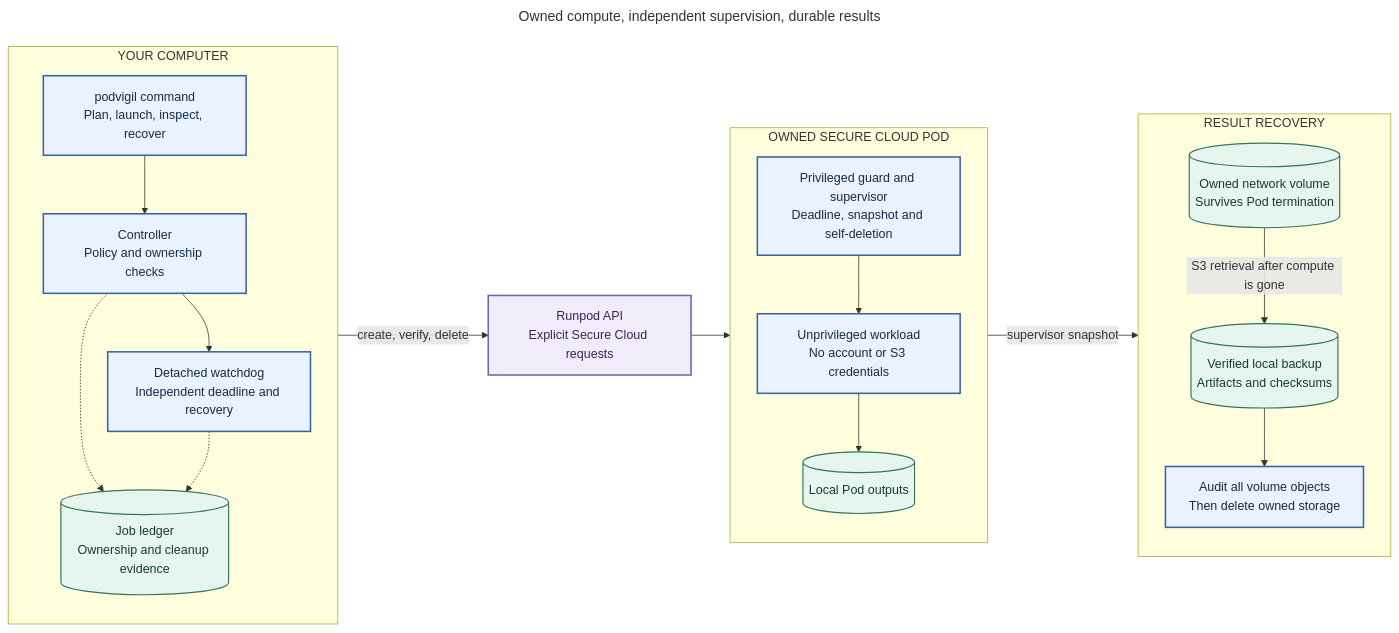
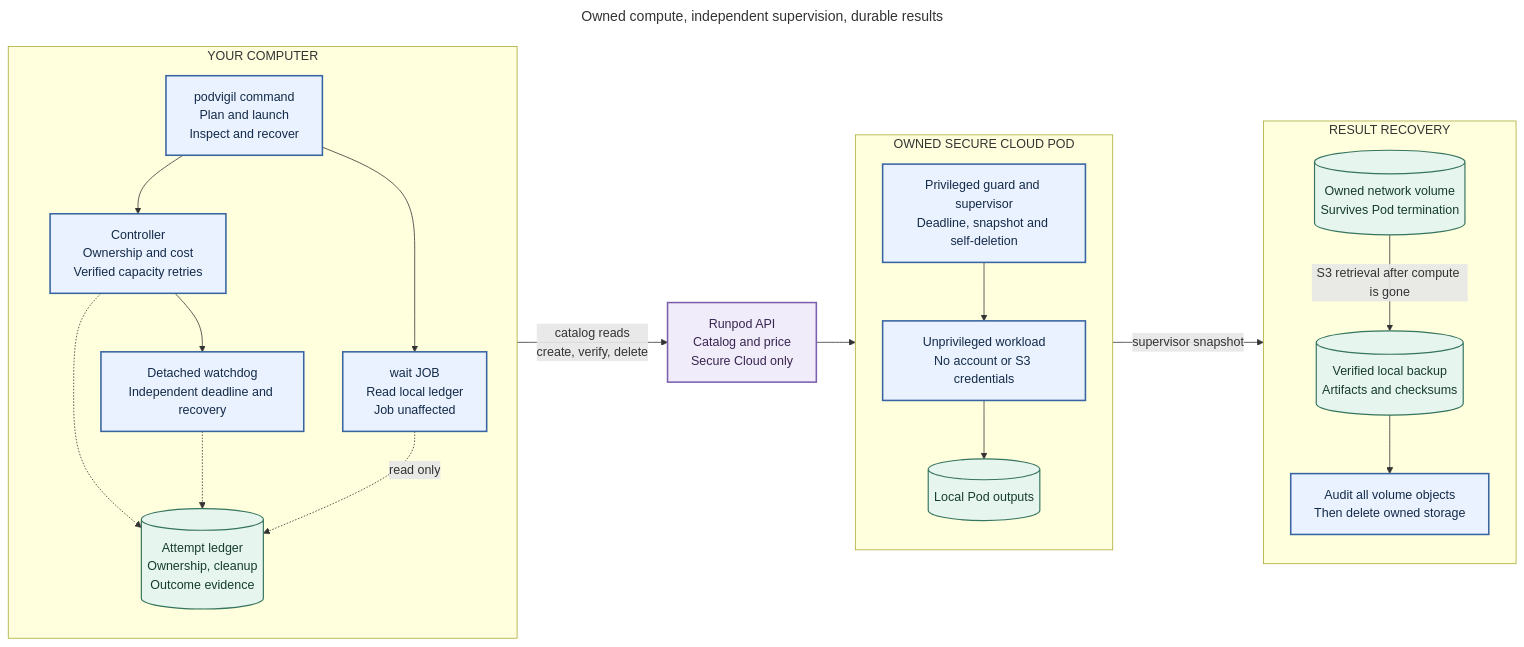
The diagram in docs/diagrams/01-architecture.mmd (PolaronQuasi/podvigil), drawn with Mermaid before and after one commit. The commit also changed 17 other files, not shown here.

Commit message:
Update diagrams and guides for job and capacity waiting

```diff
--- a/docs/diagrams/01-architecture.mmd
+++ b/docs/diagrams/01-architecture.mmd
@@ -1,43 +1,45 @@
 ---
 title: Owned compute, independent supervision, durable results
 ---
 flowchart LR
   accTitle: PodVigil architecture
-  accDescr: A local controller and detached watchdog share a job ledger. They manage an owned Runpod Secure Cloud Pod through the provider API. Inside the Pod a privileged guard supervises an unprivileged workload and snapshots local outputs to a private network volume. A local backup is verified before that volume can be deleted.
+  accDescr: A local controller and detached watchdog preserve each attempt's ledger. The wait command reads a ledger without cloud access or changing the job. Optional capacity retries require a definite no-capacity answer and verified absence, then poll the catalog before another attempt. The controller manages an owned Runpod Secure Cloud Pod through the provider API. Inside the Pod a privileged guard supervises an unprivileged workload and snapshots local outputs to a private network volume. A local backup is verified before that volume can be deleted.
 
   subgraph LOCAL["YOUR COMPUTER"]
     direction TB
-    CLI["podvigil command<br/>Plan, launch, inspect, recover"] --> CTRL["Controller<br/>Policy and ownership checks"]
+    CLI["podvigil command<br/>Plan and launch<br/>Inspect and recover"] --> CTRL["Controller<br/>Ownership and cost<br/>Verified capacity retries"]
+    CLI --> WAIT["wait JOB<br/>Read local ledger<br/>Job unaffected"]
     CTRL --> WATCH["Detached watchdog<br/>Independent deadline and recovery"]
-    CTRL -.-> LEDGER[("Job ledger<br/>Ownership and cleanup evidence")]
+    CTRL -.-> LEDGER[("Attempt ledger<br/>Ownership, cleanup<br/>Outcome evidence")]
     WATCH -.-> LEDGER
+    WAIT -.->|"read only"| LEDGER
   end
 
-  API["Runpod API<br/>Explicit Secure Cloud requests"]
+  API["Runpod API<br/>Catalog and price<br/>Secure Cloud only"]
 
   subgraph POD["OWNED SECURE CLOUD POD"]
     direction TB
     GUARD["Privileged guard and supervisor<br/>Deadline, snapshot and self-deletion"]
     WORK["Unprivileged workload<br/>No account or S3 credentials"]
     DISK[("Local Pod outputs")]
     GUARD --> WORK --> DISK
   end
 
   subgraph RESULTS["RESULT RECOVERY"]
     direction TB
     VOLUME[("Owned network volume<br/>Survives Pod termination")]
     VOLUME -->|"S3 retrieval after compute is gone"| BACKUP[("Verified local backup<br/>Artifacts and checksums")]
     BACKUP --> AUDIT["Audit all volume objects<br/>Then delete owned storage"]
   end
 
-  LOCAL -->|"create, verify, delete"| API
+  LOCAL -->|"catalog reads<br/>create, verify, delete"| API
   API --> POD
   POD -->|"supervisor snapshot"| RESULTS
 
   classDef primary fill:#eaf2ff,stroke:#3864a2,color:#142b49,stroke-width:2px;
   classDef store fill:#e7f5ef,stroke:#35745d,color:#163c2f,stroke-width:1.5px;
   classDef external fill:#f1ecfa,stroke:#7d60ad,color:#382650,stroke-width:2px;
 
-  class CLI,CTRL,WATCH,GUARD,WORK,AUDIT primary;
+  class CLI,CTRL,WAIT,WATCH,GUARD,WORK,AUDIT primary;
   class LEDGER,BACKUP,DISK,VOLUME store;
   class API external;
```
